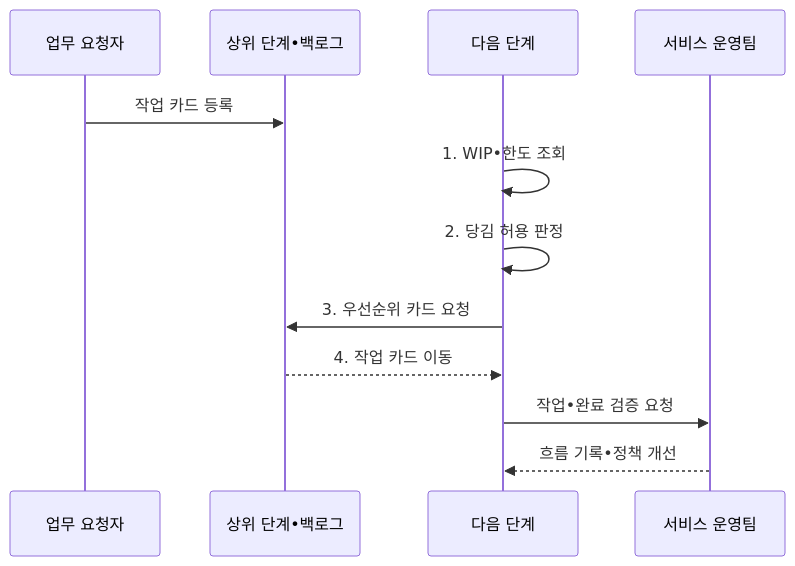
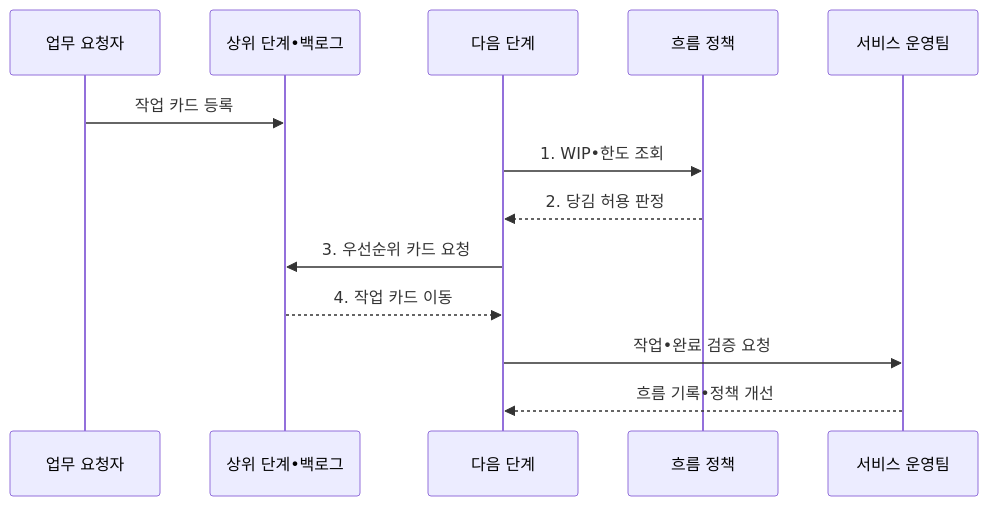
The second of 2 diagrams in src/content/docs/notes/03-software/035_kanban.md (agnusdei1207/knowledge-base), drawn with Mermaid before and after one commit. The commit also changed other lines of this file and 9 other files, not shown here.

````diff
--- a/src/content/docs/notes/03-software/035_kanban.md
+++ b/src/content/docs/notes/03-software/035_kanban.md
@@ -109,14 +109,15 @@
 ```mermaid
 sequenceDiagram
     participant U as 업무 요청자
     participant Q as 상위 단계•백로그
     participant N as 다음 단계
+    participant P as 흐름 정책
     participant T as 서비스 운영팀
     U->>Q: 작업 카드 등록
-    N->>N: 1. WIP•한도 조회
-    N->>N: 2. 당김 허용 판정
+    N->>P: 1. WIP•한도 조회
+    P-->>N: 2. 당김 허용 판정
     N->>Q: 3. 우선순위 카드 요청
     Q-->>N: 4. 작업 카드 이동
     N->>T: 작업•완료 검증 요청
     T-->>N: 흐름 기록•정책 개선
 ```
````
